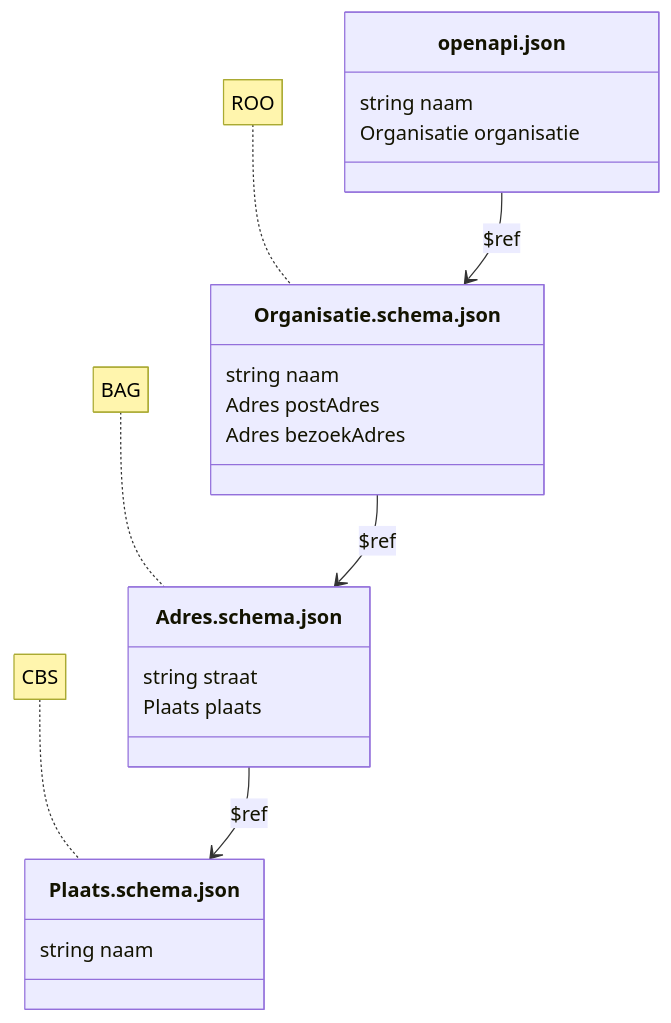
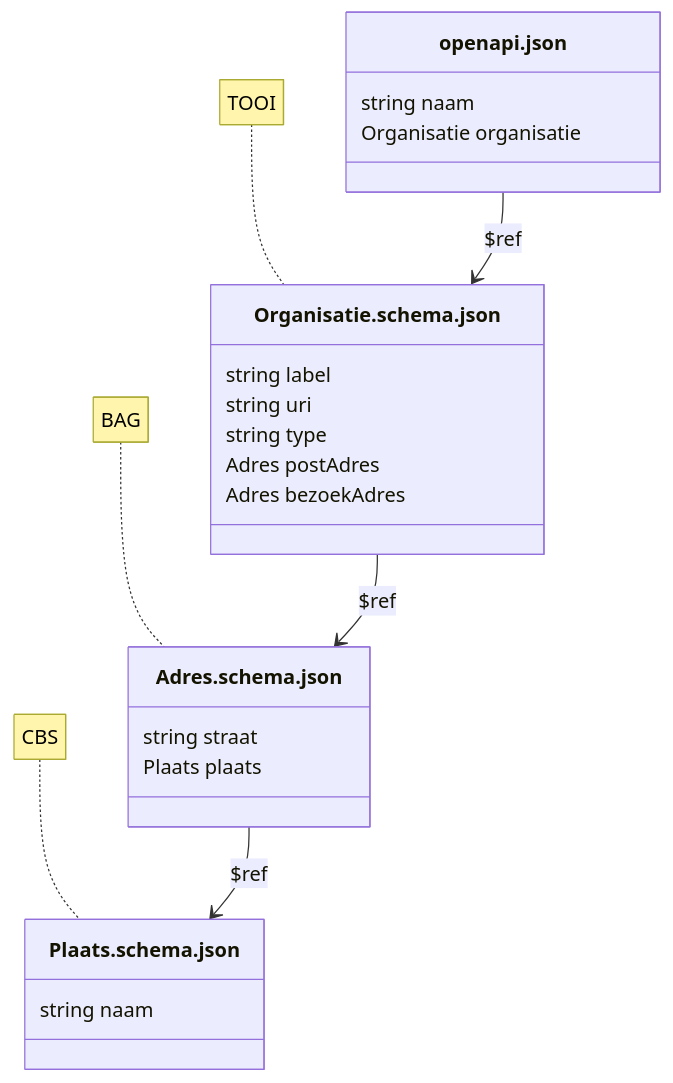
Before and after one commit to developer-overheid-nl/don-site: the second of 2 diagrams in blog/draft/openapi30-openapi31.md, drawn with Mermaid. The commit also changed other lines of this file and 1 other file, not shown here.

````diff
--- a/blog/draft/openapi30-openapi31.md
+++ b/blog/draft/openapi30-openapi31.md
@@ -109,28 +110,30 @@
 ```mermaid
 classDiagram
   direction TD
   note for Adres "BAG"
   note for Plaats "CBS"
-  note for Organisatie "ROO"
+  note for Organisatie "TOOI"
 
   Api --> Organisatie : $ref
   Organisatie --> Adres : $ref
   Adres --> Plaats : $ref
   
   class Organisatie["Organisatie.schema.json"]{
-    string naam
+    string label
+    string uri
+    string type
     Adres postAdres
     Adres bezoekAdres
   }
   class Adres["Adres.schema.json"]{
     string straat
     Plaats plaats
   }
   class Plaats["Plaats.schema.json"]{
     string naam
   }
   class Api["openapi.json"] {
     string naam
     Organisatie organisatie
   }
 ```
````
